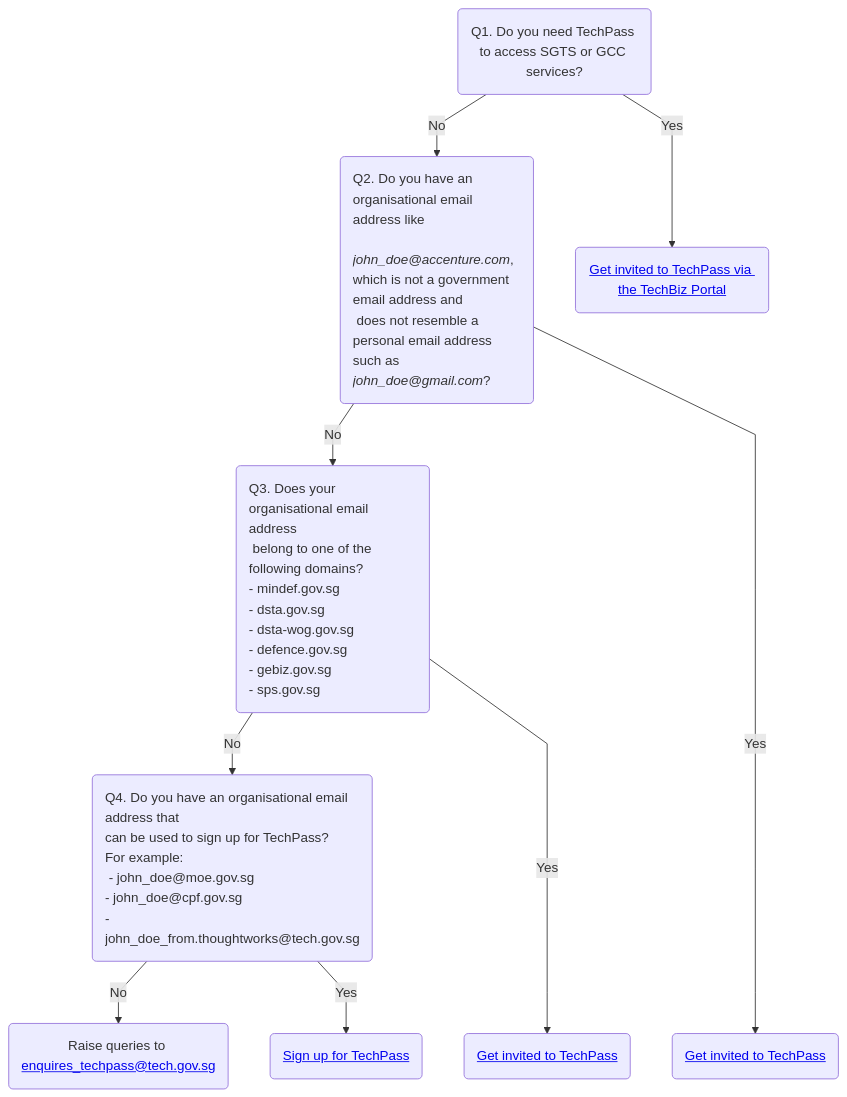
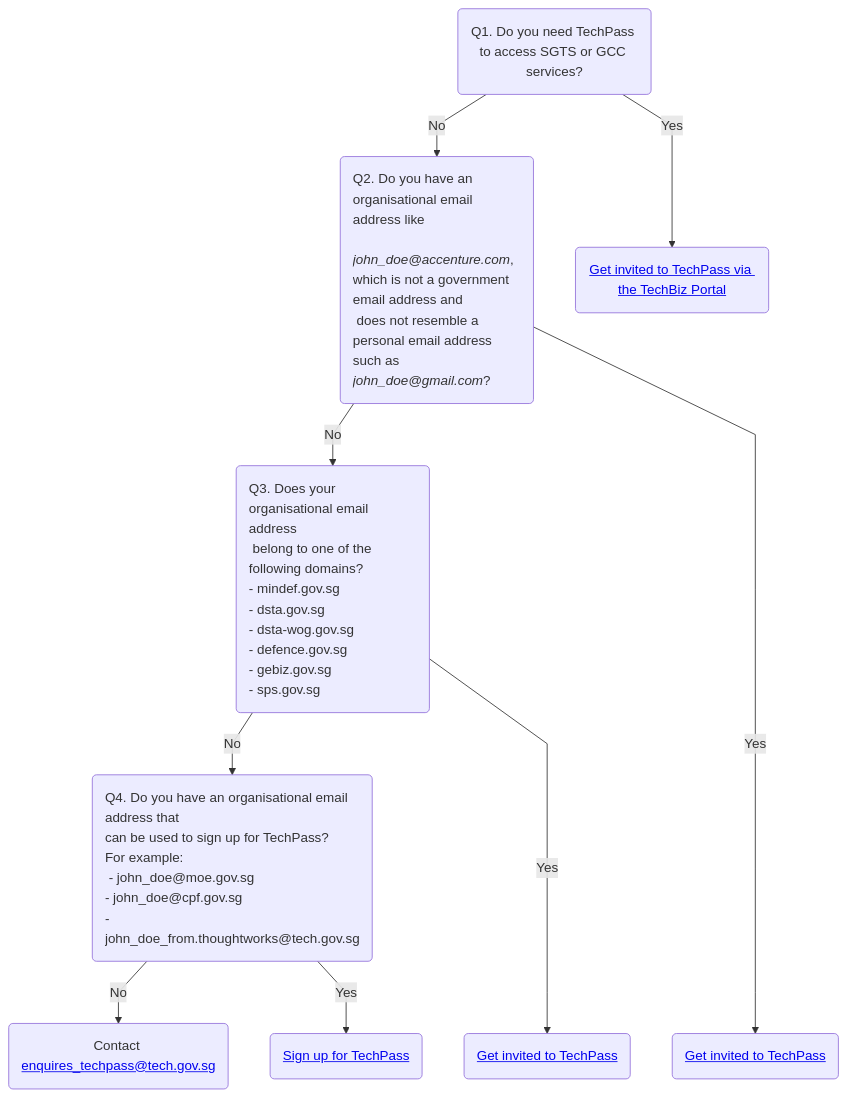
One commit to GovTechSG/techpass-user-docs changed the diagram in docs/onboard-to-techpass.md. Above: the diagram before and after it, drawn with Mermaid.

````diff
--- a/docs/onboard-to-techpass.md
+++ b/docs/onboard-to-techpass.md
@@ -10,12 +10,12 @@
 ```mermaid
 %%{ init: { 'flowchart': { 'curve': 'linear'}} }%%
 flowchart TD
 Z("Q1. Do you need TechPass to access SGTS or GCC services?") --> |No| A("<div style='text-align: left'>Q2. Do you have an organisational email address like<br> <i>john_doe@accenture.com</i>, which is not a government email address and<br> does not resemble a personal email address such as <i>john_doe@gmail.com</i>?")
     Z --> |Yes|Y("<a href='https://docs.developer.tech.gov.sg/docs/techbiz-documentation/techBiz-overview'>Get invited to TechPass via the TechBiz Portal</a>")
     A --> |No| C("<div style='text-align: left'>Q3. Does your organisational email address<br> belong to one of the following domains?<br>- mindef.gov.sg <br>- dsta.gov.sg<br>- dsta-wog.gov.sg<br>- defence.gov.sg<br>- gebiz.gov.sg<br>- sps.gov.sg")
     A ----> |Yes| B("<a href='https://docs.developer.tech.gov.sg/docs/techpass-user-guide/onboard-vendors-to-techpass'>Get invited to TechPass</a>")
     C --> |No| D("<div style='text-align: left'>Q4. Do you have an organisational email address that <br>can be used to sign up for TechPass? <br>For example:<br> - john_doe@moe.gov.sg <br>- john_doe@cpf.gov.sg <br>- john_doe_from.thoughtworks@tech.gov.sg")
     C ---> |Yes| G("<a href='https://docs.developer.tech.gov.sg/docs/tp-userdocs-for-writers/onboard-vendors-to-techpass'>Get invited to TechPass</a>")
-    D --> |No| F("Raise queries to <a href='mailto:enquires_techpass@tech.gov.sg'>enquires_techpass@tech.gov.sg</a>")
+    D --> |No| F("Contact <a href='mailto:enquires_techpass@tech.gov.sg'>enquires_techpass@tech.gov.sg</a>")
     D --> |Yes| E("<a href='https://docs.developer.tech.gov.sg/docs/tp-userdocs-for-writers/onboard-public-officers-using-non-se-machines'>Sign up for TechPass</a>")
 ```
````
